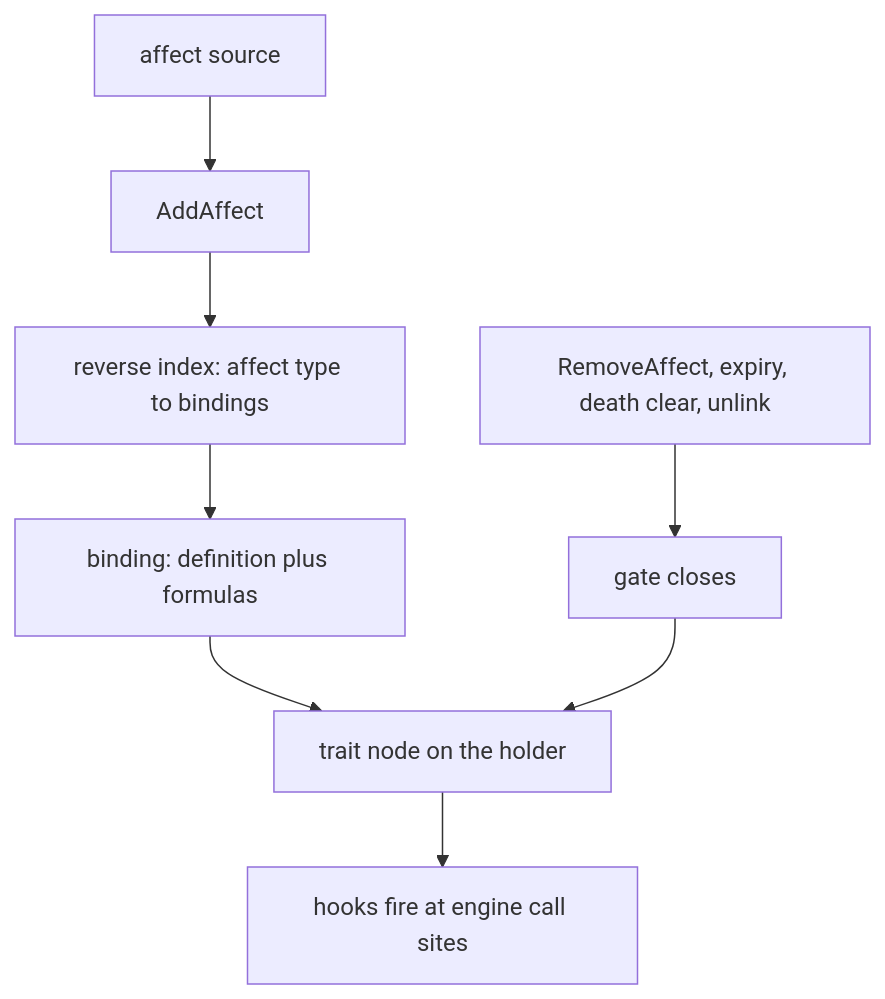
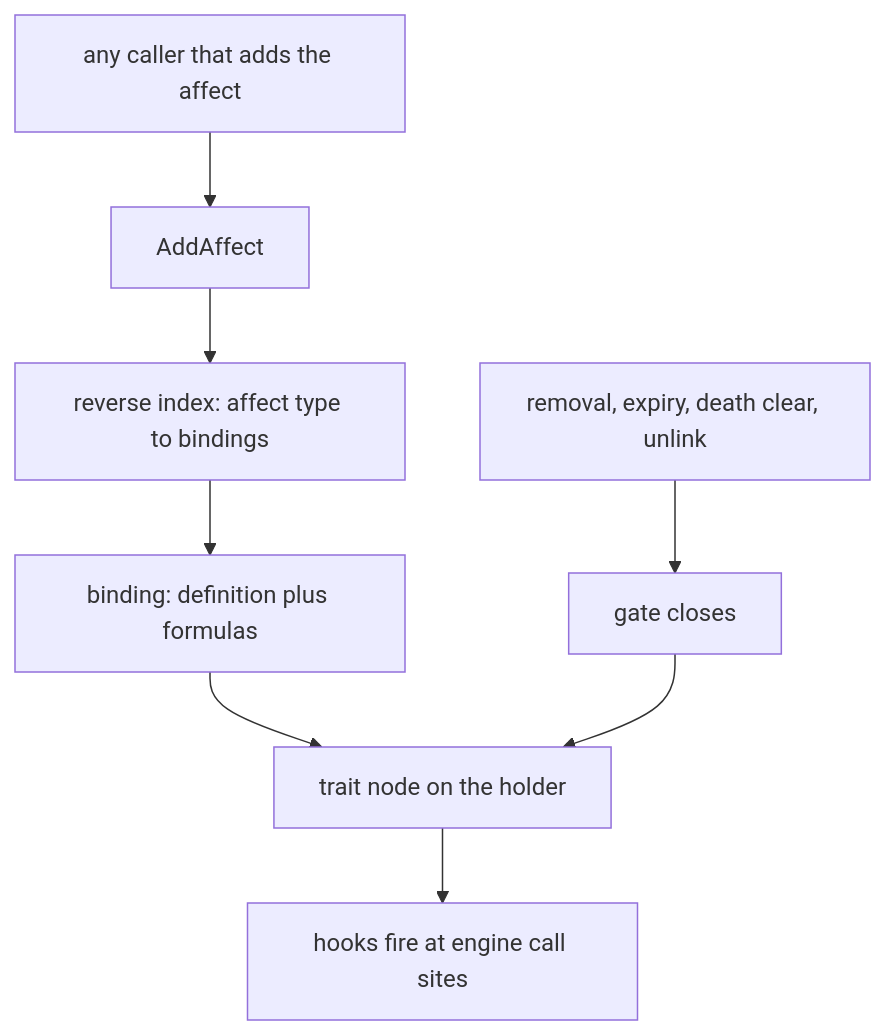
The first of 2 diagrams in foundations/traits/index.md (universal-core/website), drawn with Mermaid before and after one commit. The commit also changed other lines of this file and 163 other files, not shown here.

````diff
--- a/foundations/traits/index.md
+++ b/foundations/traits/index.md
@@ -23,10 +24,10 @@
 ```mermaid
 flowchart TD
-    SRC["affect source"] --> ADD["AddAffect"]
+    SRC["any caller that adds the affect"] --> ADD["AddAffect"]
     ADD --> IDX["reverse index: affect type to bindings"]
     IDX --> BIND["binding: definition plus formulas"]
     BIND --> NODE["trait node on the holder"]
     NODE --> HOOK["hooks fire at engine call sites"]
-    RM["RemoveAffect, expiry, death clear, unlink"] --> CLOSE["gate closes"]
+    RM["removal, expiry, death clear, unlink"] --> CLOSE["gate closes"]
     CLOSE --> NODE
 ```
````
